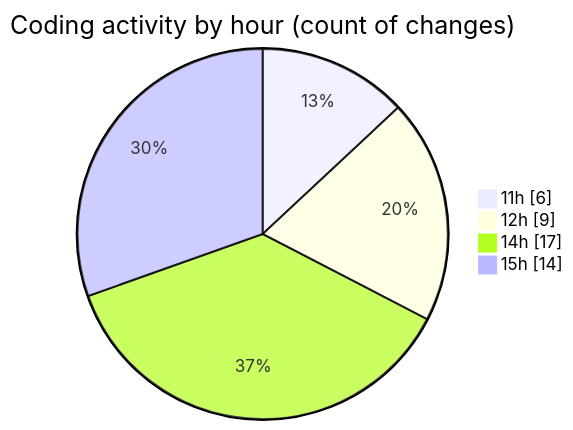
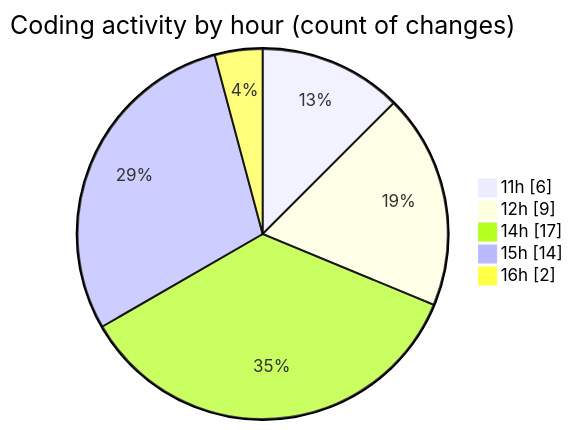
One commit to debugP/code-tracking changed the second of 2 diagrams in 2025-10-17/untitled__workspace_/README.md. Above: the diagram before and after it, drawn with Mermaid. The commit also changed other lines of this file and 1 other file, not shown here.

````diff
--- a/2025-10-17/untitled__workspace_/README.md
+++ b/2025-10-17/untitled__workspace_/README.md
@@ -35,8 +37,9 @@
 ```mermaid
 pie showData
 title Coding activity by hour (count of changes)
 "11h" : 6
 "12h" : 9
 "14h" : 17
 "15h" : 14
+"16h" : 2
 ```
````
